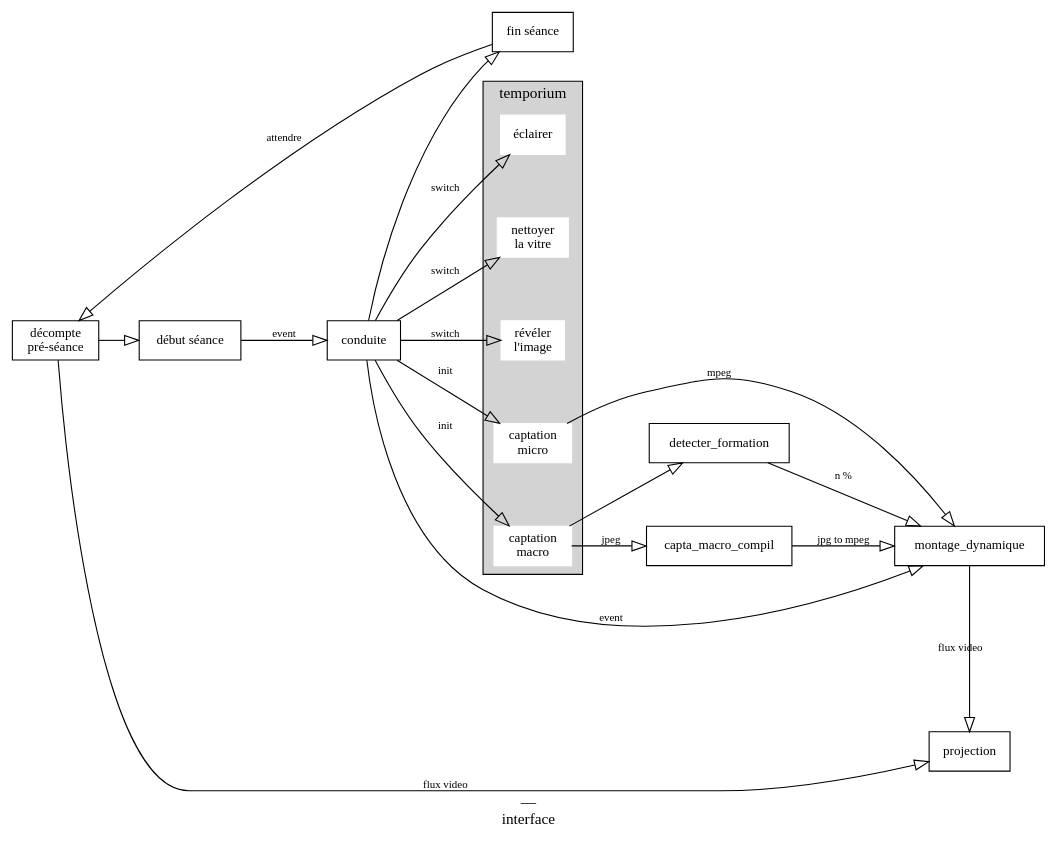
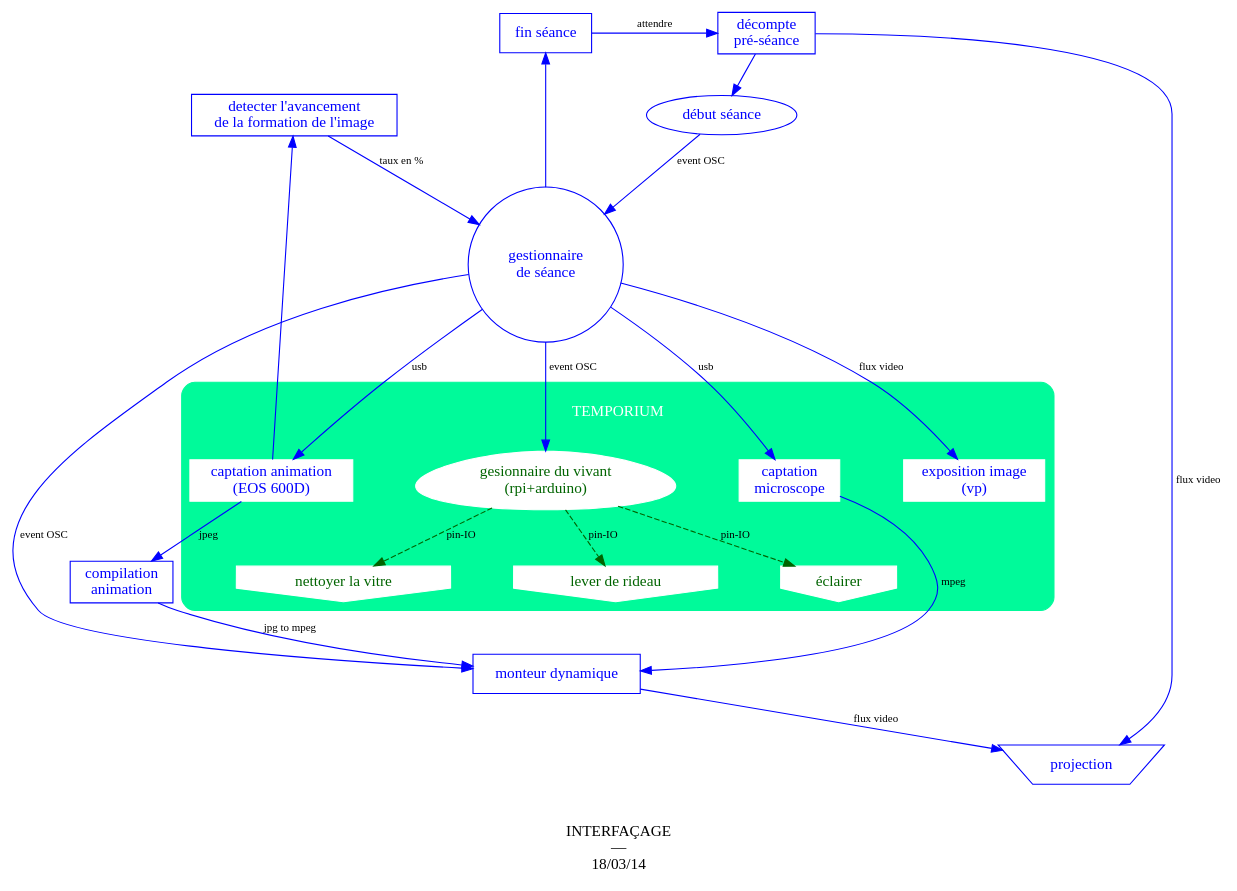
One commit to dcfvg/temporium changed the diagram in doc/interface.dot. Above: the diagram before and after it, drawn with Graphviz.

Commit message:
update map

```diff
--- a/doc/interface.dot
+++ b/doc/interface.dot
@@ -1,63 +1,90 @@
 digraph {
-  label="—\ninterface"
+  label="\n\nINTERFAÇAGE\n—\n 18/03/14"
   
-  rankdir="LR"
+  rankdir="TB"
   nodesep = .8
   
   fontsize=14
-  fontname="monaco"
+  fontname="myriadpro"
   
-  node[fontsize=12, fontname="monaco", shape=box]
-  edge[fontsize=10, fontname="monaco", arrowhead=empty, arrowsize=1.3]
-  
-
+  node[fontsize=14, fontname="myriadpro", fontcolor=blue, color=blue, shape=box]
+  edge[fontsize=10, fontname="monaco", color=blue]
   
   subgraph cluster_tempo {
     
-    label="temporium"
+    label="\nTEMPORIUM\n\n"
     style="filled"
-    
+    color=mediumspringgreen
+		style="filled,rounded"
+		fontcolor=white
+
     node[style="filled", color=white]
-    tempo_eclairage
+
+
+    capta_micro
+    capta_macro
+		expo_vp
+
+		node[style="filled", fontcolor=darkgreen, shape=invhouse]
+    edge[color=darkgreen]
+		tempo_eclairage
     tempo_nettoyage
     tempo_devoiler
-    capta_micro
-    capta_macro
+		life_manager
+		life_manager -> {tempo_eclairage, tempo_nettoyage, tempo_devoiler}  [label=" pin-IO", style="dashed"]
+	  
   }
+	
+  {montage_dynamique,seance_decompte} -> projection [label=" flux video"]
+
   
-  seance_end      [label="fin séance"]
-  seance_decompte [label="décompte\npré-séance"]
-  seance_start    [label="début séance"]
-  
-  capta_micro[label="captation\nmicro"]
-  capta_macro[label="captation\nmacro"]
-  
-  tempo_eclairage [label="éclairer"]
-  tempo_nettoyage [label="nettoyer\nla vitre"]
-  tempo_devoiler  [label="révéler\nl'image"]
-  
-  
-  conduite -> {tempo_eclairage, tempo_nettoyage, tempo_devoiler}  [label=" switch"]
-  conduite -> seance_end
-  conduite -> {capta_macro, capta_micro} [label=" init"]
-  detecter_formation -> montage_dynamique [label=" n %"] 
+	conduite -> life_manager 							[label=" event OSC"]
+  conduite -> seance_end 								[label=" "]
+	conduite -> {capta_macro,capta_micro} [label=" usb"]
+	conduite -> expo_vp 									[label=" flux video"]
+
+
+  detecter_formation -> conduite [label=" taux en %"] 
   
   seance_end -> seance_decompte [label=" attendre"]
-  seance_start -> conduite  -> montage_dynamique [label=" event"]
+  seance_start -> conduite  -> montage_dynamique [label=" event OSC"]
   seance_decompte -> seance_start
-  
-  
+    
   capta_micro -> montage_dynamique   [label=" mpeg"]
   capta_macro -> capta_macro_compil [label=" jpeg"]
   capta_macro_compil -> montage_dynamique [label=" jpg to mpeg"]
   capta_macro -> detecter_formation
   
-  {montage_dynamique,seance_decompte} -> projection [label="flux video"]
   
-  {
-    rank="same"
-    montage_dynamique
-    projection
-  }
-  
+	// ranking
+	{
+		rank="same"
+		seance_end
+		seance_decompte
+	}
+	
+	// labels
+	{
+      seance_end      	[label="fin séance"]
+      seance_decompte 	[label="décompte\npré-séance"]
+      seance_start    	[label="début séance", shape=oval]
+ 
+      capta_micro	  		[label="captation\nmicroscope"]
+      capta_macro	  		[label="captation animation\n(EOS 600D)"]
+ 			capta_macro_compil[label="compilation\nanimation"]
+
+      tempo_eclairage 	[label="éclairer"]
+      tempo_nettoyage 	[label="nettoyer la vitre"]
+      tempo_devoiler  	[label="lever de rideau"]
+
+			detecter_formation[label="detecter l'avancement\nde la formation de l'image"]
+
+			life_manager			[label="gesionnaire du vivant\n(rpi+arduino)", shape=egg]
+			projection				[shape=invtrapezium]
+			expo_vp						[label="exposition image\n(vp)"]
+			conduite					[label="gestionnaire\nde séance"shape=circle]
+			
+			montage_dynamique [label="monteur dynamique"]
+	}
+
 }
```
